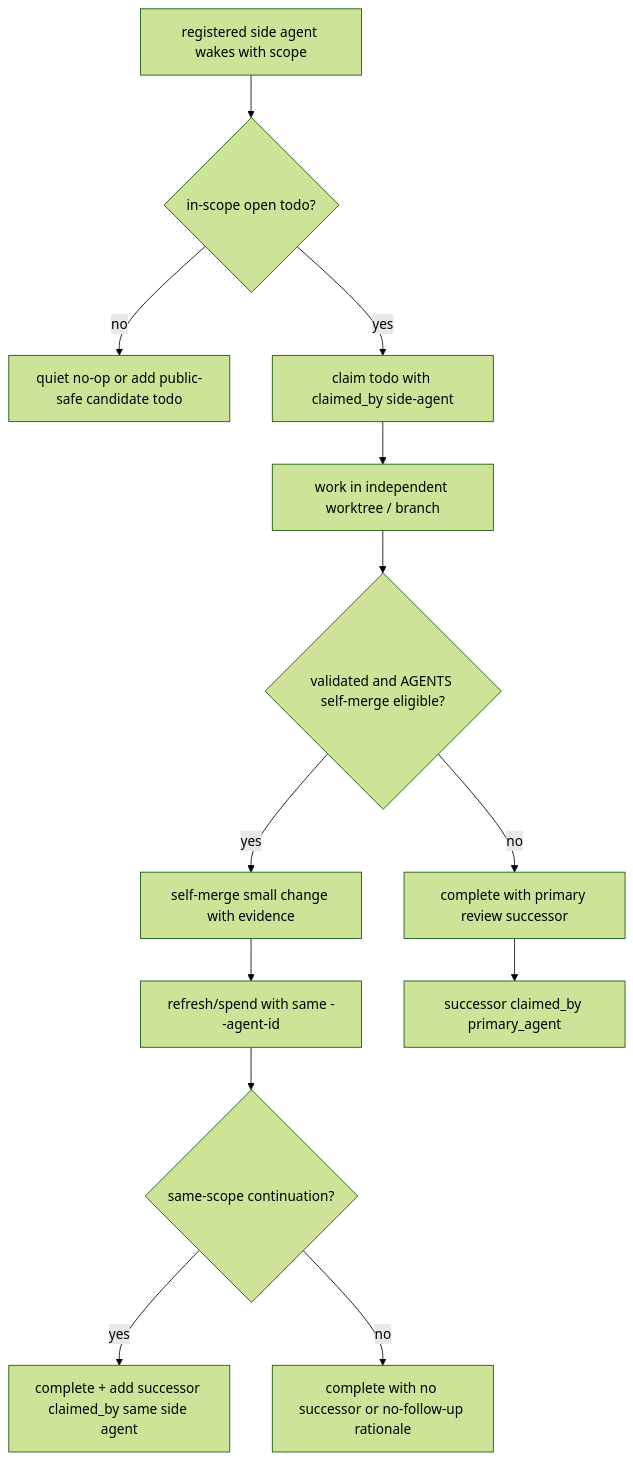
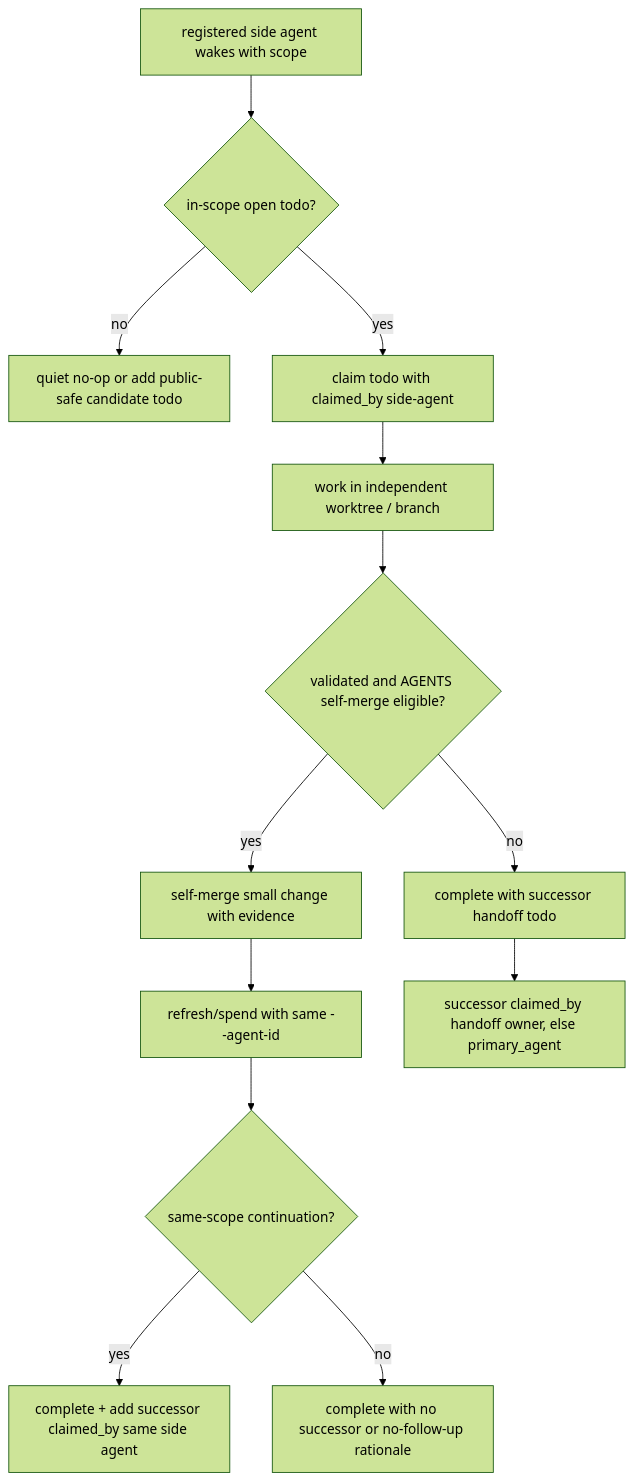
One commit to huangruiteng/goal-harness changed diagram 19 of 30 in docs/interaction-pattern-catalog.md. Above: the diagram before and after it, drawn with Mermaid (forest theme). The commit also changed other lines of this file and 18 other files, not shown here.

Commit message:
Refine side-agent handoff routing

````diff
--- a/docs/interaction-pattern-catalog.md
+++ b/docs/interaction-pattern-catalog.md
@@ -1247,15 +1250,15 @@
 ```mermaid
 flowchart TD
   S["registered side agent wakes with scope"] --> T{"in-scope open todo?"}
   T -->|"no"| Q["quiet no-op or add public-safe candidate todo"]
   T -->|"yes"| C["claim todo with claimed_by side-agent"]
   C --> W["work in independent worktree / branch"]
   W --> V{"validated and AGENTS self-merge eligible?"}
   V -->|"yes"| M["self-merge small change with evidence"]
   M --> I["refresh/spend with same --agent-id"]
   I --> K{"same-scope continuation?"}
   K -->|"yes"| N["complete + add successor claimed_by same side agent"]
   K -->|"no"| X["complete with no successor or no-follow-up rationale"]
-  V -->|"no"| R["complete with primary review successor"]
-  R --> P["successor claimed_by primary_agent"]
+  V -->|"no"| R["complete with successor handoff todo"]
+  R --> P["successor claimed_by handoff owner, else primary_agent"]
 ```
````
